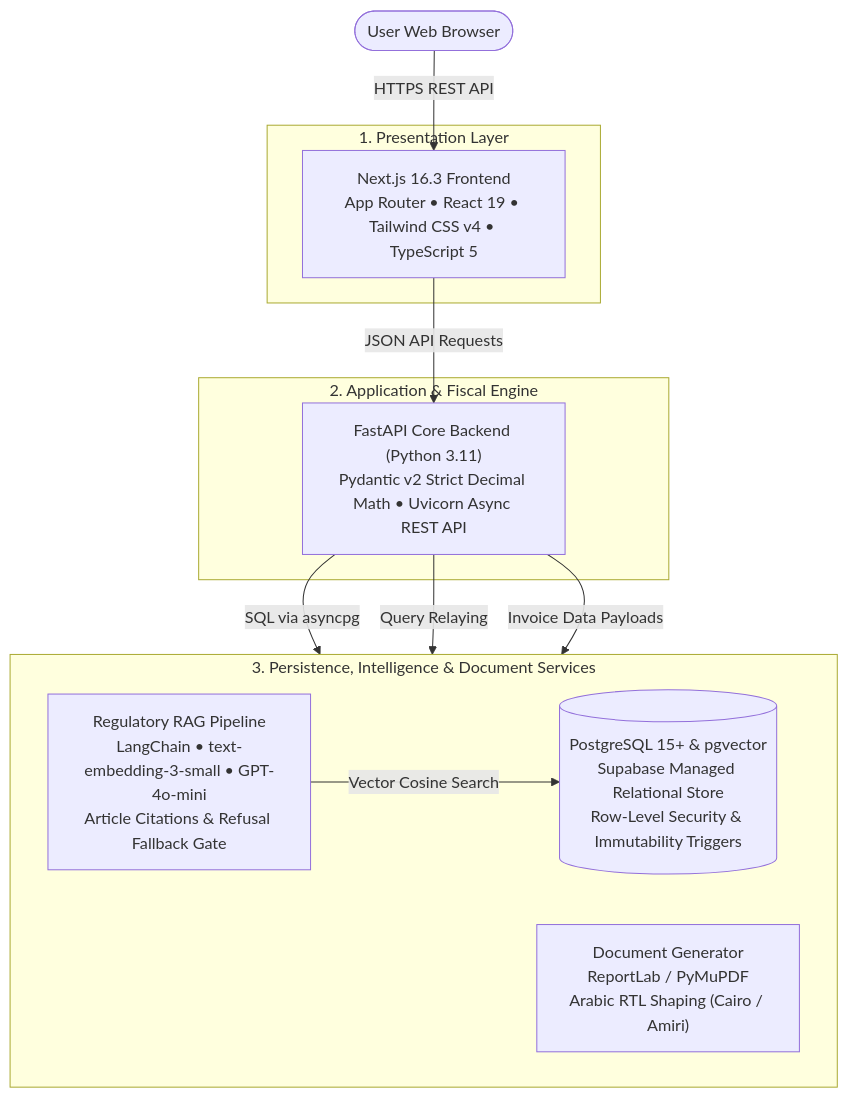
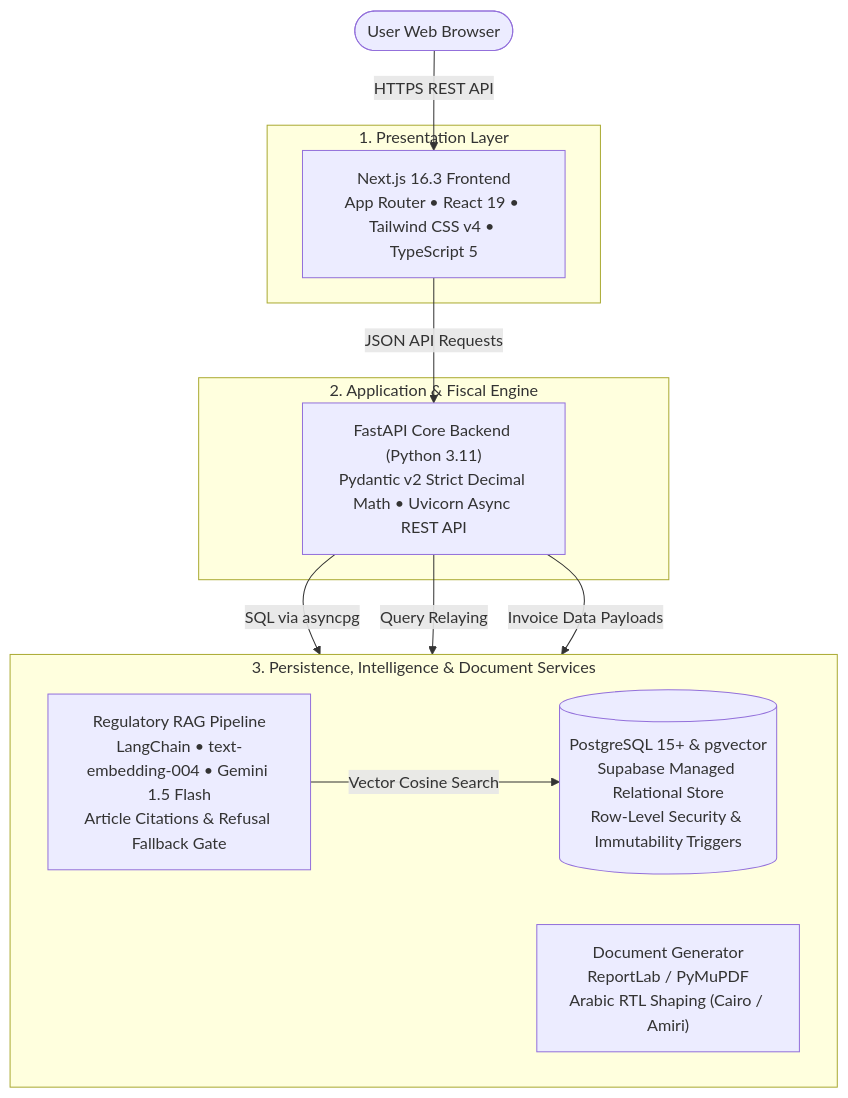
One commit to AYA-BACHA/MoukawilOS changed the first of 7 diagrams in README.md. Above: the diagram before and after it, drawn with Mermaid. The commit also changed other lines of this file and 2 other files, not shown here.

Commit message:
docs: update README with Gemini API, softened AI claims, project status, and team credits

````diff
--- a/README.md
+++ b/README.md
@@ -148,26 +148,26 @@
 ```mermaid
 flowchart TD
     Client(["User Web Browser"])
 
     subgraph PresentationTier ["1. Presentation Layer"]
         NextApp["Next.js 16.3 Frontend<br/>App Router • React 19 • Tailwind CSS v4 • TypeScript 5"]
     end
 
     subgraph BackendTier ["2. Application & Fiscal Engine"]
         FastAPI["FastAPI Core Backend (Python 3.11)<br/>Pydantic v2 Strict Decimal Math • Uvicorn Async REST API"]
     end
 
     subgraph ServicesTier ["3. Persistence, Intelligence & Document Services"]
         direction LR
         DB[("PostgreSQL 15+ & pgvector<br/>Supabase Managed Relational Store<br/>Row-Level Security & Immutability Triggers")]
-        RAG["Regulatory RAG Pipeline<br/>LangChain • text-embedding-3-small • GPT-4o-mini<br/>Article Citations & Refusal Fallback Gate"]
+        RAG["Regulatory RAG Pipeline<br/>LangChain • text-embedding-004 • Gemini 1.5 Flash<br/>Article Citations & Refusal Fallback Gate"]
         PDF["Document Generator<br/>ReportLab / PyMuPDF<br/>Arabic RTL Shaping (Cairo / Amiri)"]
     end
 
     Client -->|HTTPS REST API| NextApp
     NextApp -->|JSON API Requests| FastAPI
     FastAPI -->|SQL via asyncpg| DB
     FastAPI -->|Query Relaying| RAG
     FastAPI -->|Invoice Data Payloads| PDF
     RAG -->|Vector Cosine Search| DB
 ```
````
